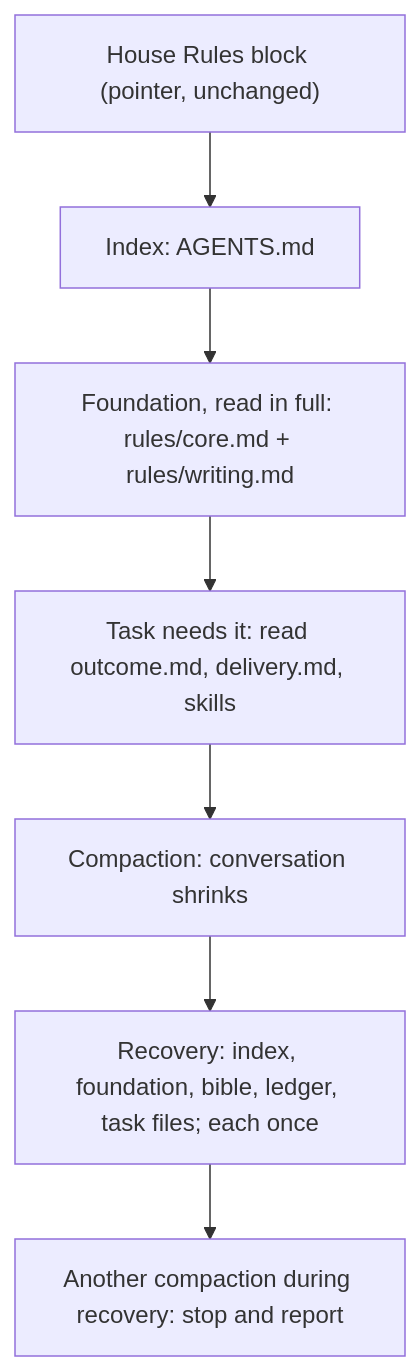
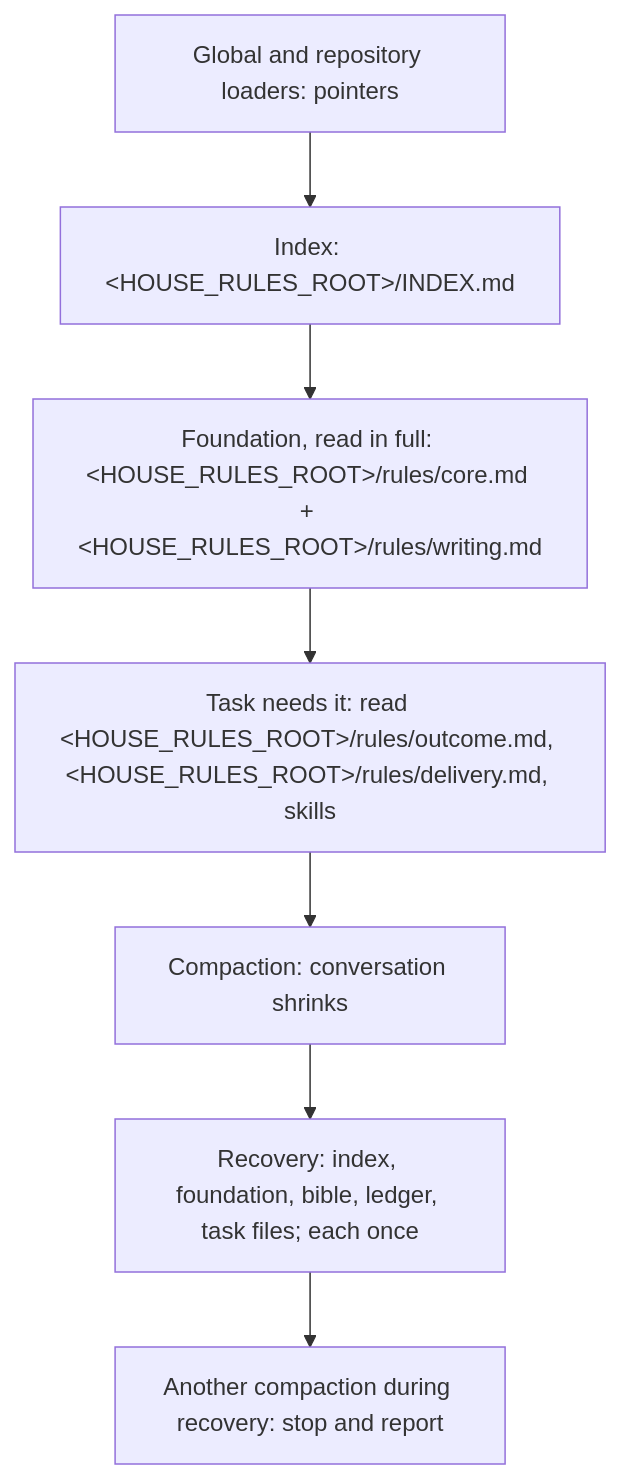
Before and after one commit to jak-pan/house-rules: the diagram in docs/design/73-instruction-layer-foundation.md, drawn with Mermaid. The commit also changed other lines of this file, not shown here.

````diff
--- a/docs/design/73-instruction-layer-foundation.md
+++ b/docs/design/73-instruction-layer-foundation.md
@@ -92,9 +106,9 @@
 ```mermaid
 flowchart TB
-  A["House Rules block (pointer, unchanged)"] --> B["Index: AGENTS.md"]
-  B --> C["Foundation, read in full: rules/core.md + rules/writing.md"]
-  C --> D["Task needs it: read outcome.md, delivery.md, skills"]
+  A["Global and repository loaders: pointers"] --> B["Index: &lt;HOUSE_RULES_ROOT&gt;/INDEX.md"]
+  B --> C["Foundation, read in full: &lt;HOUSE_RULES_ROOT&gt;/rules/core.md + &lt;HOUSE_RULES_ROOT&gt;/rules/writing.md"]
+  C --> D["Task needs it: read &lt;HOUSE_RULES_ROOT&gt;/rules/outcome.md, &lt;HOUSE_RULES_ROOT&gt;/rules/delivery.md, skills"]
   D --> E["Compaction: conversation shrinks"]
   E --> F["Recovery: index, foundation, bible, ledger, task files; each once"]
   F --> G["Another compaction during recovery: stop and report"]
 ```
````
